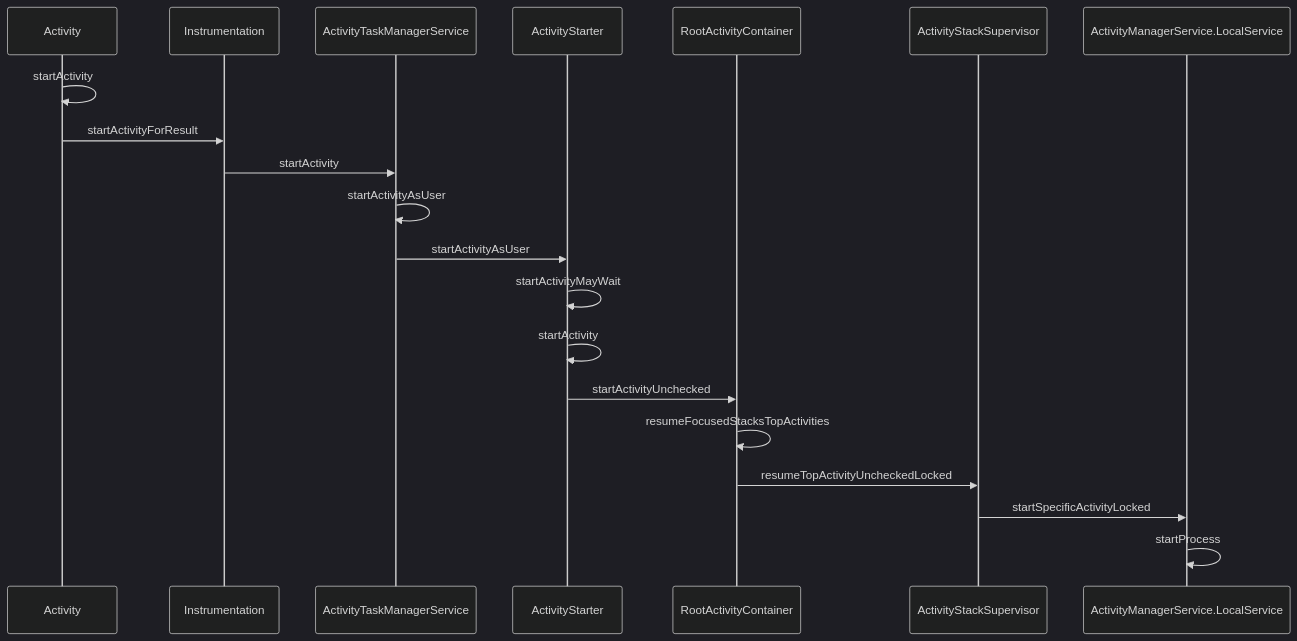
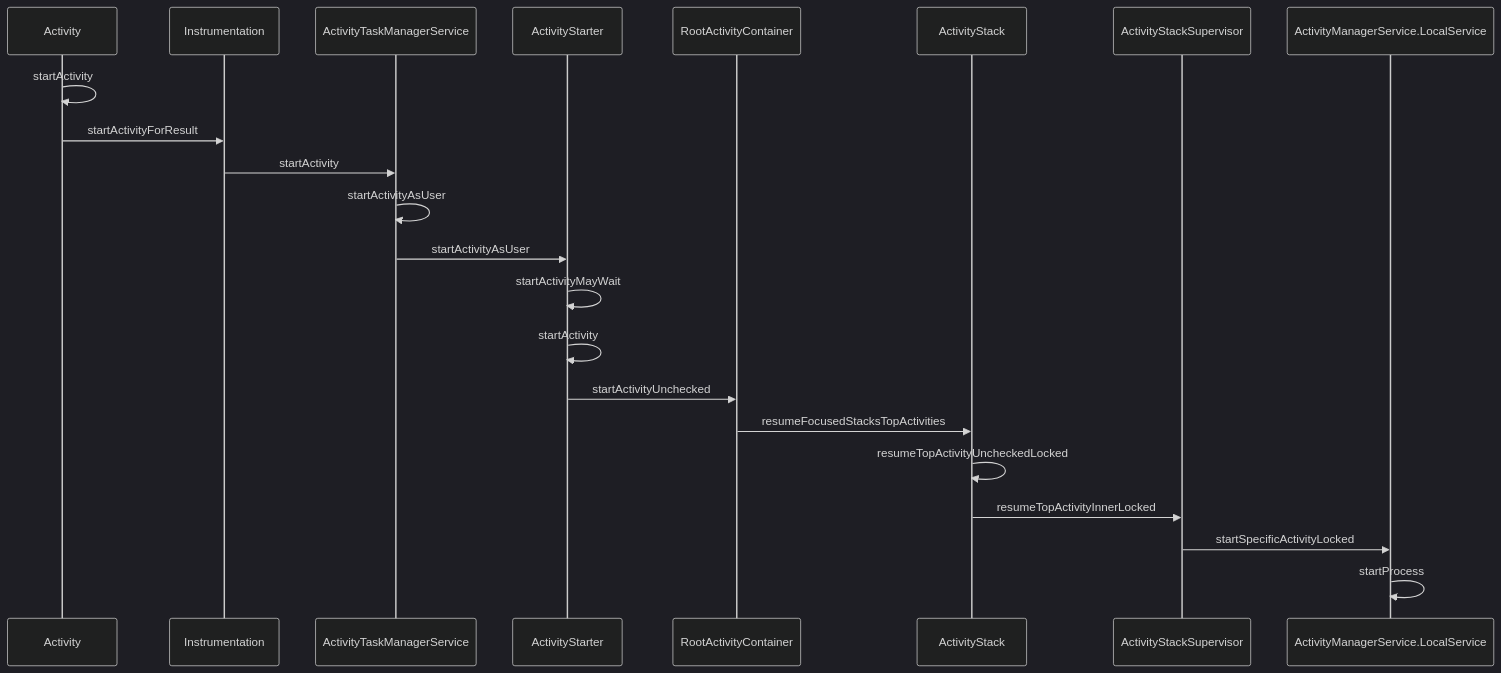
The diagram in 源码/Activity启动流程？.md (sweetwong/Android-Interview-QA), drawn with Mermaid (dark theme) before and after one commit. The commit also changed other lines of this file and 3 other files, not shown here.

````diff
--- a/源码/Activity启动流程？.md
+++ b/源码/Activity启动流程？.md
@@ -15,16 +15,17 @@
 ```mermaid
 sequenceDiagram
 Activity->>Activity:startActivity
 Activity->>Instrumentation:startActivityForResult
 Instrumentation->>ActivityTaskManagerService:startActivity
 ActivityTaskManagerService->>ActivityTaskManagerService:startActivityAsUser
 ActivityTaskManagerService->>ActivityStarter:startActivityAsUser
 ActivityStarter->>ActivityStarter:startActivityMayWait
 ActivityStarter->>ActivityStarter:startActivity
 ActivityStarter->>RootActivityContainer:startActivityUnchecked
-RootActivityContainer->>RootActivityContainer:resumeFocusedStacksTopActivities
-RootActivityContainer->>ActivityStackSupervisor:resumeTopActivityUncheckedLocked
+RootActivityContainer->>ActivityStack:resumeFocusedStacksTopActivities
+ActivityStack->>ActivityStack:resumeTopActivityUncheckedLocked
+ActivityStack->>ActivityStackSupervisor:resumeTopActivityInnerLocked
 ActivityStackSupervisor->>ActivityManagerService.LocalService:startSpecificActivityLocked
 ActivityManagerService.LocalService->>ActivityManagerService.LocalService:startProcess
 
 ```
````
